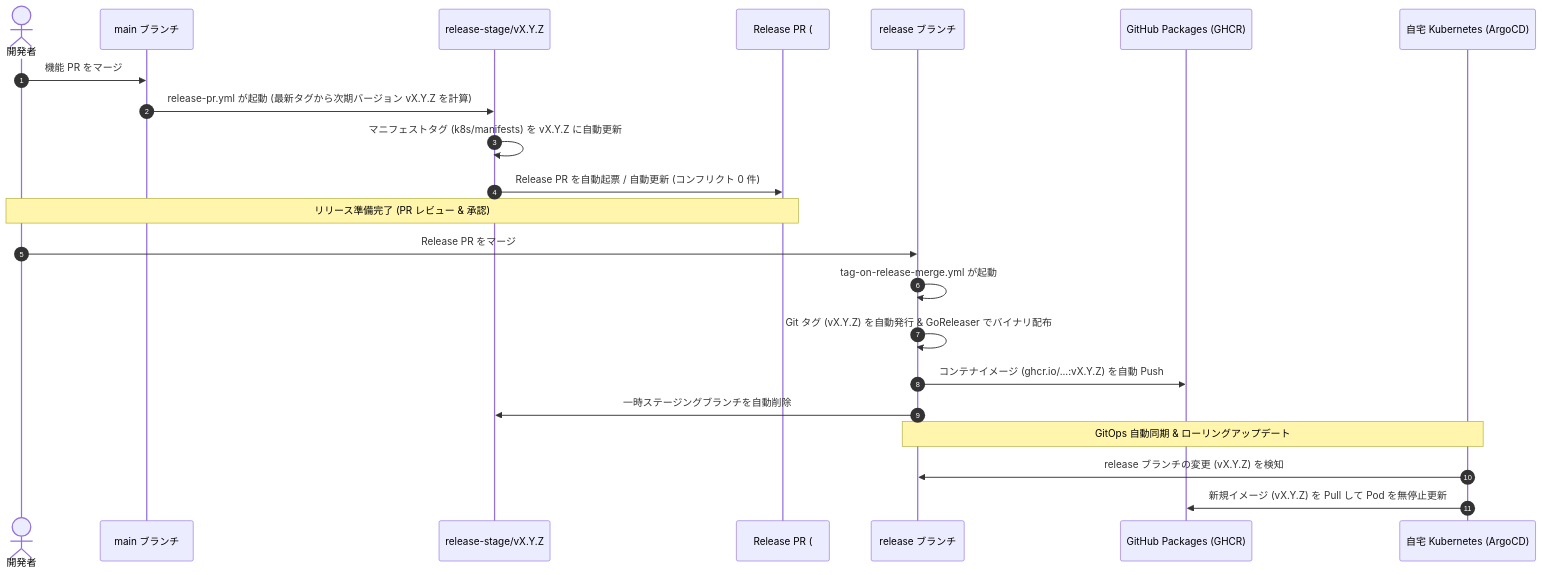
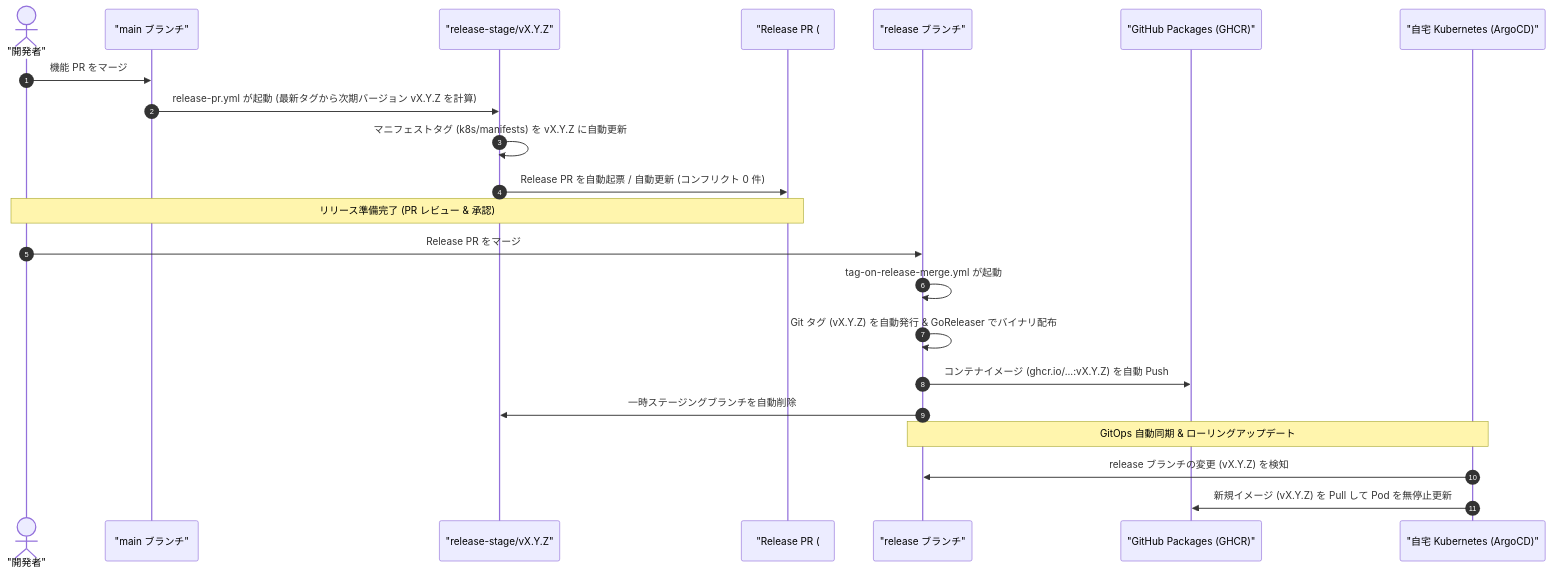
One commit to AobaIwaki123/lumitree changed the second of 2 diagrams in docs/architecture.md. Above: the diagram before and after it, drawn with Mermaid. The commit also changed other lines of this file, not shown here.

Commit message:
docs: fix mermaid syntax errors by quoting all labels, edge text, and participants

````diff
--- a/docs/architecture.md
+++ b/docs/architecture.md
@@ -59,28 +59,28 @@
 ```mermaid
 sequenceDiagram
     autonumber
-    actor Dev as 開発者
-    participant Main as main ブランチ
-    participant Stage as release-stage/vX.Y.Z
-    participant RelPR as Release PR (#XX)
-    participant Rel as release ブランチ
-    participant GHCR as GitHub Packages (GHCR)
-    participant Argo as 自宅 Kubernetes (ArgoCD)
+    actor Dev as "開発者"
+    participant Main as "main ブランチ"
+    participant Stage as "release-stage/vX.Y.Z"
+    participant RelPR as "Release PR (#XX)"
+    participant Rel as "release ブランチ"
+    participant GHCR as "GitHub Packages (GHCR)"
+    participant Argo as "自宅 Kubernetes (ArgoCD)"
 
     Dev->>Main: 機能 PR をマージ
     Main->>Stage: release-pr.yml が起動 (最新タグから次期バージョン vX.Y.Z を計算)
     Stage->>Stage: マニフェストタグ (k8s/manifests) を vX.Y.Z に自動更新
     Stage->>RelPR: Release PR を自動起票 / 自動更新 (コンフリクト 0 件)
 
     Note over Dev,RelPR: リリース準備完了 (PR レビュー & 承認)
 
     Dev->>Rel: Release PR をマージ
     Rel->>Rel: tag-on-release-merge.yml が起動
     Rel->>Rel: Git タグ (vX.Y.Z) を自動発行 & GoReleaser でバイナリ配布
     Rel->>GHCR: コンテナイメージ (ghcr.io/...:vX.Y.Z) を自動 Push
     Rel->>Stage: 一時ステージングブランチを自動削除
 
     Note over Argo,Rel: GitOps 自動同期 & ローリングアップデート
     Argo->>Rel: release ブランチの変更 (vX.Y.Z) を検知
     Argo->>GHCR: 新規イメージ (vX.Y.Z) を Pull して Pod を無停止更新
 ```
````
